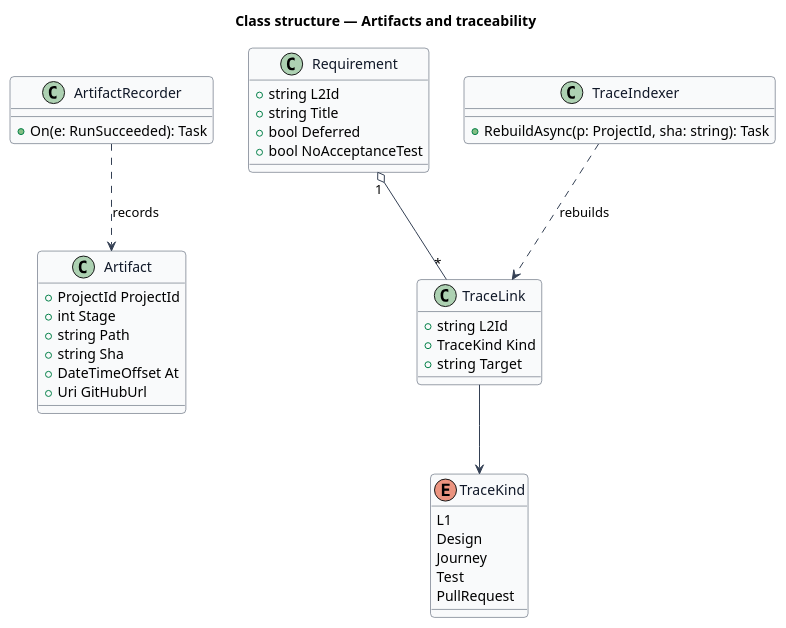
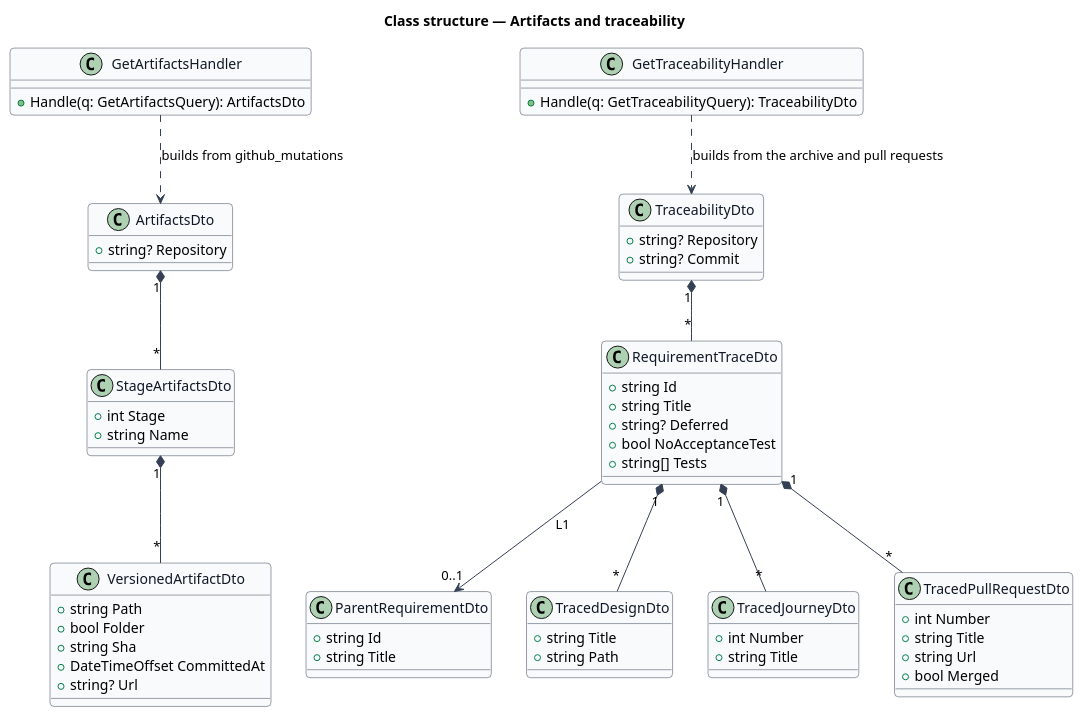
One commit to QuinntyneBrown/hewn changed the diagram in docs/detailed-designs/mission-control/artifacts-and-traceability/diagrams/class-structure.puml. Above: the diagram before and after it, drawn with PlantUML. The commit also changed 58 other files, not shown here.

First line of the commit message:
Trace a requirement (journey 17, L2-035) (#25)

```diff
--- a/docs/detailed-designs/mission-control/artifacts-and-traceability/diagrams/class-structure.puml
+++ b/docs/detailed-designs/mission-control/artifacts-and-traceability/diagrams/class-structure.puml
@@ -1,50 +1,72 @@
 @startuml
 skinparam backgroundColor #FFFFFF
 skinparam shadowing false
 skinparam roundcorner 8
 skinparam defaultFontName Arial
 skinparam ArrowColor #344054
 skinparam class {
   BorderColor #344054
   FontColor #101828
   BackgroundColor #F9FAFB
 }
 title Class structure — Artifacts and traceability
 
-class Artifact {
-  +ProjectId ProjectId
+class GetArtifactsHandler {
+  +Handle(q: GetArtifactsQuery): ArtifactsDto
+}
+class ArtifactsDto {
+  +string? Repository
+}
+class StageArtifactsDto {
   +int Stage
+  +string Name
+}
+class VersionedArtifactDto {
   +string Path
+  +bool Folder
   +string Sha
-  +DateTimeOffset At
-  +Uri GitHubUrl
+  +DateTimeOffset CommittedAt
+  +string? Url
 }
-class TraceLink {
-  +string L2Id
-  +TraceKind Kind
-  +string Target
+class GetTraceabilityHandler {
+  +Handle(q: GetTraceabilityQuery): TraceabilityDto
 }
-enum TraceKind {
-  L1
-  Design
-  Journey
-  Test
-  PullRequest
+class TraceabilityDto {
+  +string? Repository
+  +string? Commit
 }
-class Requirement {
-  +string L2Id
+class RequirementTraceDto {
+  +string Id
   +string Title
-  +bool Deferred
+  +string? Deferred
   +bool NoAcceptanceTest
+  +string[] Tests
 }
-class TraceIndexer {
-  +RebuildAsync(p: ProjectId, sha: string): Task
+class ParentRequirementDto {
+  +string Id
+  +string Title
 }
-class ArtifactRecorder {
-  +On(e: RunSucceeded): Task
+class TracedDesignDto {
+  +string Title
+  +string Path
 }
-ArtifactRecorder ..> Artifact : records
-TraceIndexer ..> TraceLink : rebuilds
-TraceLink --> TraceKind
-Requirement "1" o-- "*" TraceLink
+class TracedJourneyDto {
+  +int Number
+  +string Title
+}
+class TracedPullRequestDto {
+  +int Number
+  +string Title
+  +string Url
+  +bool Merged
+}
+GetArtifactsHandler ..> ArtifactsDto : builds from github_mutations
+ArtifactsDto "1" *-- "*" StageArtifactsDto
+StageArtifactsDto "1" *-- "*" VersionedArtifactDto
+GetTraceabilityHandler ..> TraceabilityDto : builds from the archive and pull requests
+TraceabilityDto "1" *-- "*" RequirementTraceDto
+RequirementTraceDto --> "0..1" ParentRequirementDto : L1
+RequirementTraceDto "1" *-- "*" TracedDesignDto
+RequirementTraceDto "1" *-- "*" TracedJourneyDto
+RequirementTraceDto "1" *-- "*" TracedPullRequestDto
 @enduml
```
